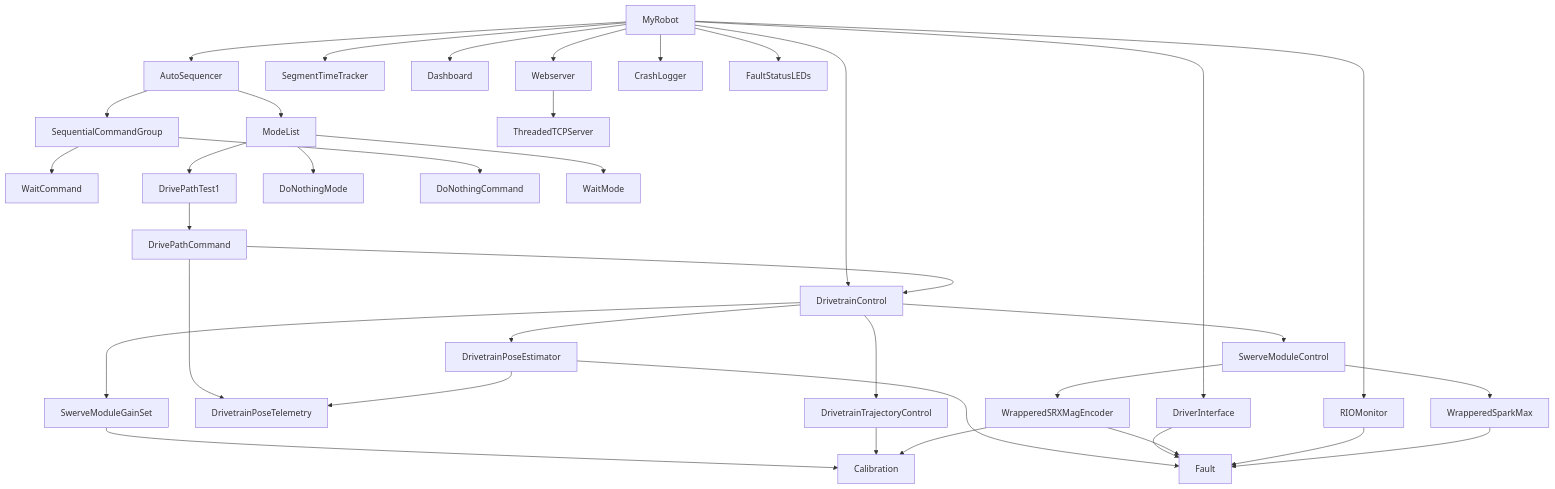
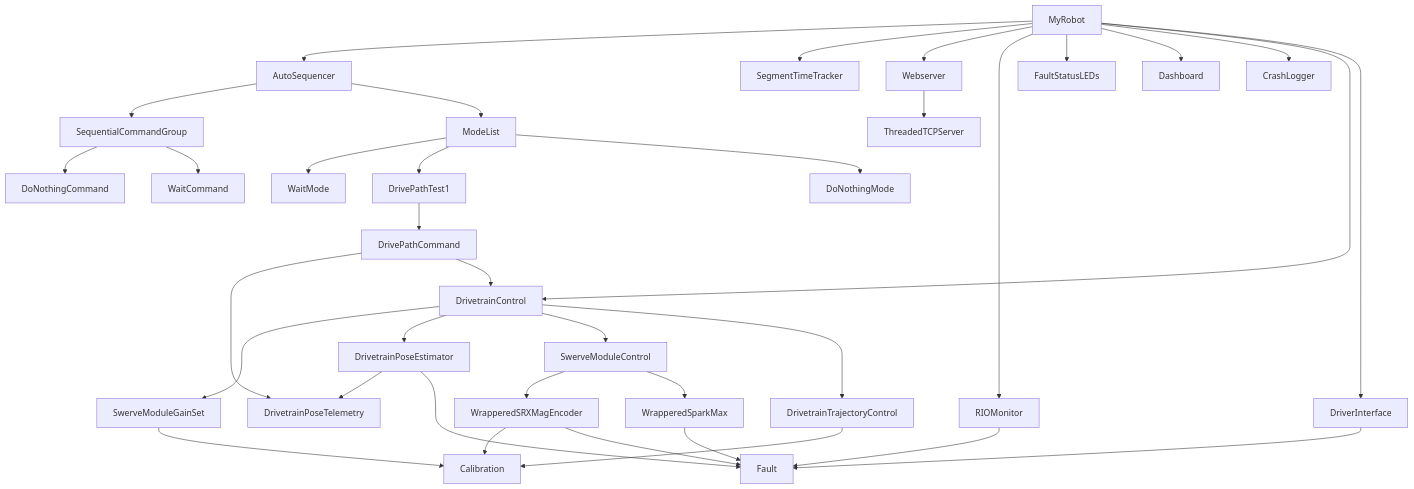
The diagram in docs/graph.md (RobotCasserole1736/firstRoboPy), drawn with Mermaid before and after one commit. The commit also changed other lines of this file and 8 other files, not shown here.

````diff
--- a/docs/graph.md
+++ b/docs/graph.md
@@ -3,38 +3,38 @@
 ```mermaid
 flowchart TD
-    DrivetrainPoseEstimator-->Fault
+    SequentialCommandGroup-->DoNothingCommand
+    MyRobot-->AutoSequencer
+    DrivePathTest1-->DrivePathCommand
+    SwerveModuleGainSet-->Calibration
     SequentialCommandGroup-->WaitCommand
-    MyRobot-->Webserver
-    MyRobot-->DrivetrainControl
-    DriverInterface-->Fault
-    DrivePathCommand-->DrivetrainPoseTelemetry
-    SwerveModuleControl-->WrapperedSparkMax
-    SwerveModuleGainSet-->Calibration
-    SwerveModuleControl-->WrapperedSRXMagEncoder
+    ModeList-->WaitMode
+    DrivetrainPoseEstimator-->DrivetrainPoseTelemetry
+    AutoSequencer-->SequentialCommandGroup
     MyRobot-->SegmentTimeTracker
     DrivetrainTrajectoryControl-->Calibration
+    MyRobot-->Webserver
+    DrivePathCommand-->DrivetrainPoseTelemetry
+    MyRobot-->RIOMonitor
+    MyRobot-->FaultStatusLEDs
+    DriverInterface-->Fault
+    ModeList-->DrivePathTest1
     MyRobot-->Dashboard
+    DrivetrainControl-->SwerveModuleGainSet
+    DrivetrainControl-->DrivetrainPoseEstimator
+    WrapperedSparkMax-->Fault
+    ModeList-->DoNothingMode
+    RIOMonitor-->Fault
+    DrivetrainControl-->SwerveModuleControl
+    Webserver-->ThreadedTCPServer
+    WrapperedSRXMagEncoder-->Calibration
+    MyRobot-->CrashLogger
+    WrapperedSRXMagEncoder-->Fault
+    MyRobot-->DrivetrainControl
+    SwerveModuleControl-->WrapperedSRXMagEncoder
+    DrivePathCommand-->DrivetrainControl
+    SwerveModuleControl-->WrapperedSparkMax
+    DrivetrainPoseEstimator-->Fault
+    AutoSequencer-->ModeList
     DrivetrainControl-->DrivetrainTrajectoryControl
-    DrivePathTest1-->DrivePathCommand
-    ModeList-->DoNothingMode
-    ModeList-->DrivePathTest1
-    SequentialCommandGroup-->DoNothingCommand
-    MyRobot-->AutoSequencer
-    WrapperedSRXMagEncoder-->Fault
-    DrivetrainControl-->DrivetrainPoseEstimator
-    AutoSequencer-->ModeList
-    RIOMonitor-->Fault
-    MyRobot-->CrashLogger
-    ModeList-->WaitMode
-    AutoSequencer-->SequentialCommandGroup
-    MyRobot-->FaultStatusLEDs
     MyRobot-->DriverInterface
-    DrivetrainControl-->SwerveModuleControl
-    WrapperedSparkMax-->Fault
-    Webserver-->ThreadedTCPServer
-    MyRobot-->RIOMonitor
-    DrivetrainControl-->SwerveModuleGainSet
-    WrapperedSRXMagEncoder-->Calibration
-    DrivetrainPoseEstimator-->DrivetrainPoseTelemetry
-    DrivePathCommand-->DrivetrainControl
 ```
````
